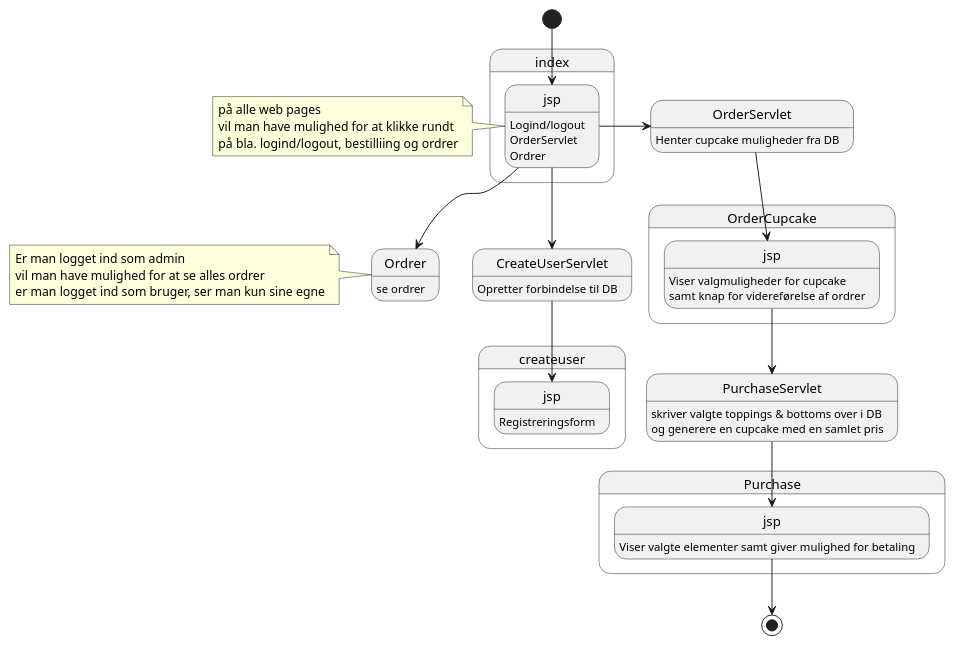
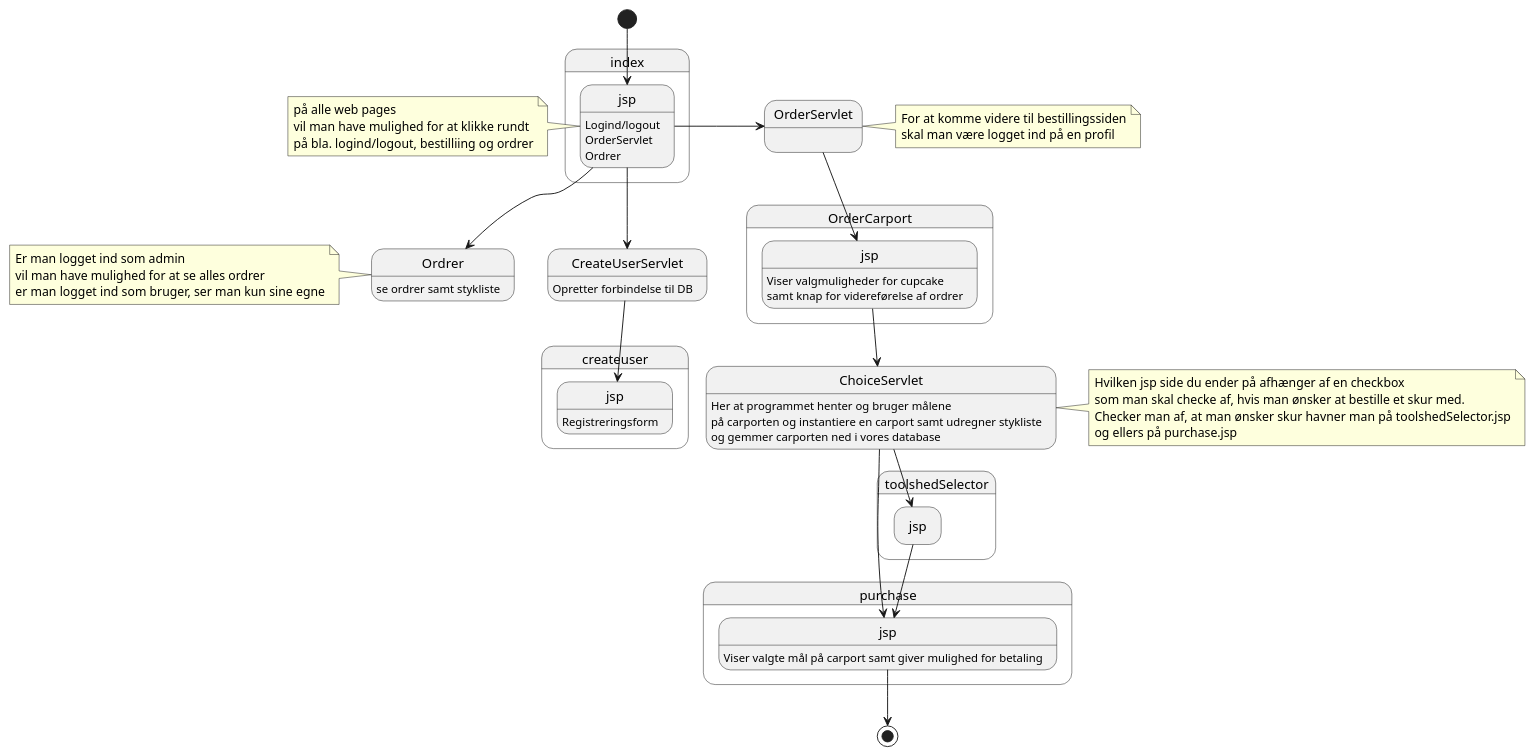
The diagram in src/main/Use Case.puml (Oliverden3/Semesterprojekt), drawn with PlantUML before and after one commit.

Commit message:
Finished navigations diagram

```diff
--- a/src/main/Use Case.puml
+++ b/src/main/Use Case.puml
@@ -1,39 +1,50 @@
 @startuml
 hide empty description
 [*] --> index.jsp
 index.jsp : Logind/logout
 index.jsp : OrderServlet
 index.jsp : Ordrer
 note left of index.jsp
   på alle web pages
   vil man have mulighed for at klikke rundt
   på bla. logind/logout, bestilliing og ordrer
 end note
 
 
 index.jsp -> OrderServlet
-OrderServlet : Henter cupcake muligheder fra DB
+OrderServlet :
 
-OrderServlet --> OrderCupcake.jsp
-OrderCupcake.jsp : Viser valgmuligheder for cupcake
-OrderCupcake.jsp : samt knap for videreførelse af ordrer
+OrderServlet --> OrderCarport.jsp
+OrderCarport.jsp : Viser valgmuligheder for cupcake
+OrderCarport.jsp : samt knap for videreførelse af ordrer
 index.jsp --> Ordrer
-Ordrer : se ordrer
-OrderCupcake.jsp --> PurchaseServlet
-PurchaseServlet : skriver valgte toppings & bottoms over i DB
-PurchaseServlet : og generere en cupcake med en samlet pris
-PurchaseServlet --> Purchase.jsp
-Purchase.jsp : Viser valgte elementer samt giver mulighed for betaling
-
+Ordrer : se ordrer samt stykliste
+OrderCarport.jsp --> ChoiceServlet
+ChoiceServlet : Her at programmet henter og bruger målene
+ChoiceServlet : på carporten og instantiere en carport samt udregner stykliste
+ChoiceServlet : og gemmer carporten ned i vores database
+ChoiceServlet --> purchase.jsp
+ChoiceServlet --> toolshedSelector.jsp
+note right of ChoiceServlet
+Hvilken jsp side du ender på afhænger af en checkbox
+som man skal checke af, hvis man ønsker at bestille et skur med.
+Checker man af, at man ønsker skur havner man på toolshedSelector.jsp
+og ellers på purchase.jsp
+end note
+purchase.jsp : Viser valgte mål på carport samt giver mulighed for betaling
 note left of Ordrer
 Er man logget ind som admin
 vil man have mulighed for at se alles ordrer
 er man logget ind som bruger, ser man kun sine egne
 end note
-
+note right of OrderServlet
+For at komme videre til bestillingssiden
+skal man være logget ind på en profil
+end note
+toolshedSelector.jsp --> purchase.jsp
 index.jsp --> CreateUserServlet
 CreateUserServlet: Opretter forbindelse til DB
 CreateUserServlet --> createuser.jsp
 createuser.jsp: Registreringsform
-Purchase.jsp --> [*]
+purchase.jsp --> [*]
 @enduml
```
